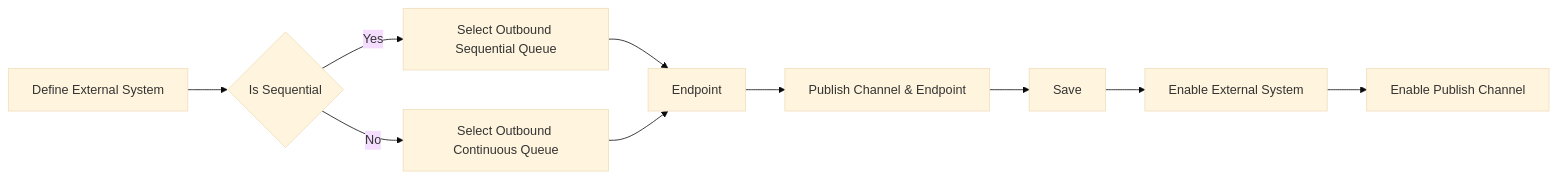
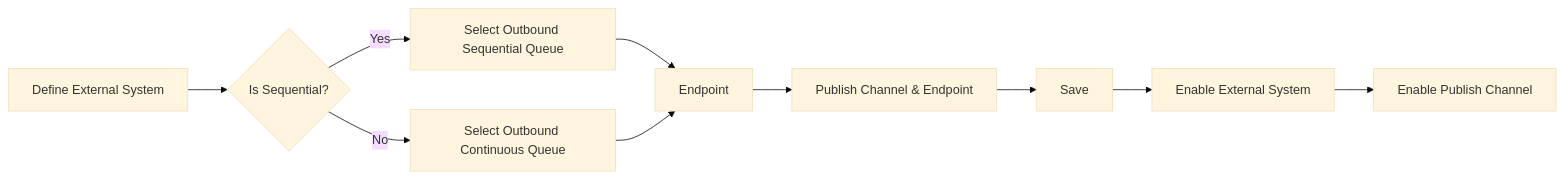
The diagram in maximo/docs/integration/external-systems.md (codersyacht/maximo-knowledge-center), drawn with Mermaid (base theme) before and after one commit.

Commit message:
extenal-systems

````diff
--- a/maximo/docs/integration/external-systems.md
+++ b/maximo/docs/integration/external-systems.md
@@ -27,12 +27,12 @@
 ```mermaid
 graph LR
-A[Define External System] --> B{Is Sequential}
+A[Define External System] --> B{Is Sequential?}
 B --> |Yes| C[Select Outbound Sequential Queue]
 B --> |No| D[Select Outbound Continuous Queue]
 C --> E[Endpoint]
 D --> E
 E --> F[Publish Channel & Endpoint]
 F --> G[Save]
 G --> H[Enable External System]
 H --> I[Enable Publish Channel]
 ```
````
